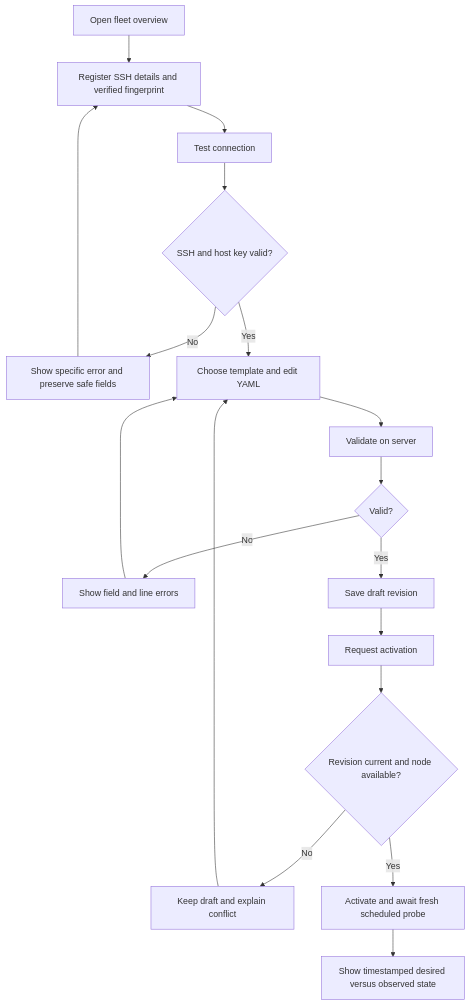
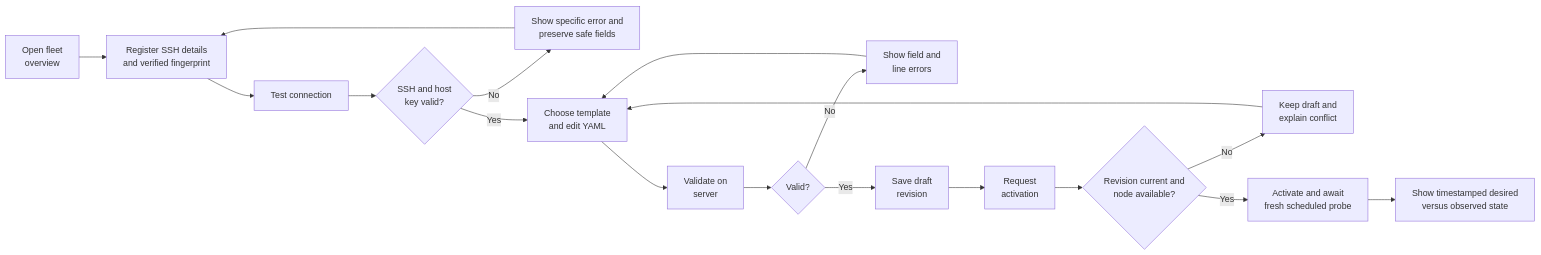
One commit to crane-fog/SAD-Proj changed diagram 13 of 15 in hw2/design.md. Above: the diagram before and after it, drawn with Mermaid. The commit also changed other lines of this file and 10 other files, not shown here.

````diff
--- a/hw2/design.md
+++ b/hw2/design.md
@@ -1197,20 +1184,20 @@
 ```mermaid
-flowchart TD
-    A[Open fleet overview] --> B[Register SSH details and verified fingerprint]
-    B --> C[Test connection]
-    C --> D{SSH and host key valid?}
-    D -- No --> E[Show specific error and preserve safe fields]
+flowchart LR
+    A["Open fleet<br/>overview"] --> B["Register SSH details<br/>and verified fingerprint"]
+    B --> C["Test connection"]
+    C --> D{"SSH and host<br/>key valid?"}
+    D -- No --> E["Show specific error and<br/>preserve safe fields"]
     E --> B
-    D -- Yes --> F[Choose template and edit YAML]
-    F --> G[Validate on server]
-    G --> H{Valid?}
-    H -- No --> I[Show field and line errors]
+    D -- Yes --> F["Choose template<br/>and edit YAML"]
+    F --> G["Validate on<br/>server"]
+    G --> H{"Valid?"}
+    H -- No --> I["Show field and<br/>line errors"]
     I --> F
-    H -- Yes --> J[Save draft revision]
-    J --> K[Request activation]
-    K --> L{Revision current and node available?}
-    L -- No --> M[Keep draft and explain conflict]
+    H -- Yes --> J["Save draft<br/>revision"]
+    J --> K["Request<br/>activation"]
+    K --> L{"Revision current and<br/>node available?"}
+    L -- No --> M["Keep draft and<br/>explain conflict"]
     M --> F
-    L -- Yes --> N[Activate and await fresh scheduled probe]
-    N --> O[Show timestamped desired versus observed state]
+    L -- Yes --> N["Activate and await<br/>fresh scheduled probe"]
+    N --> O["Show timestamped desired<br/>versus observed state"]
 ```
````
